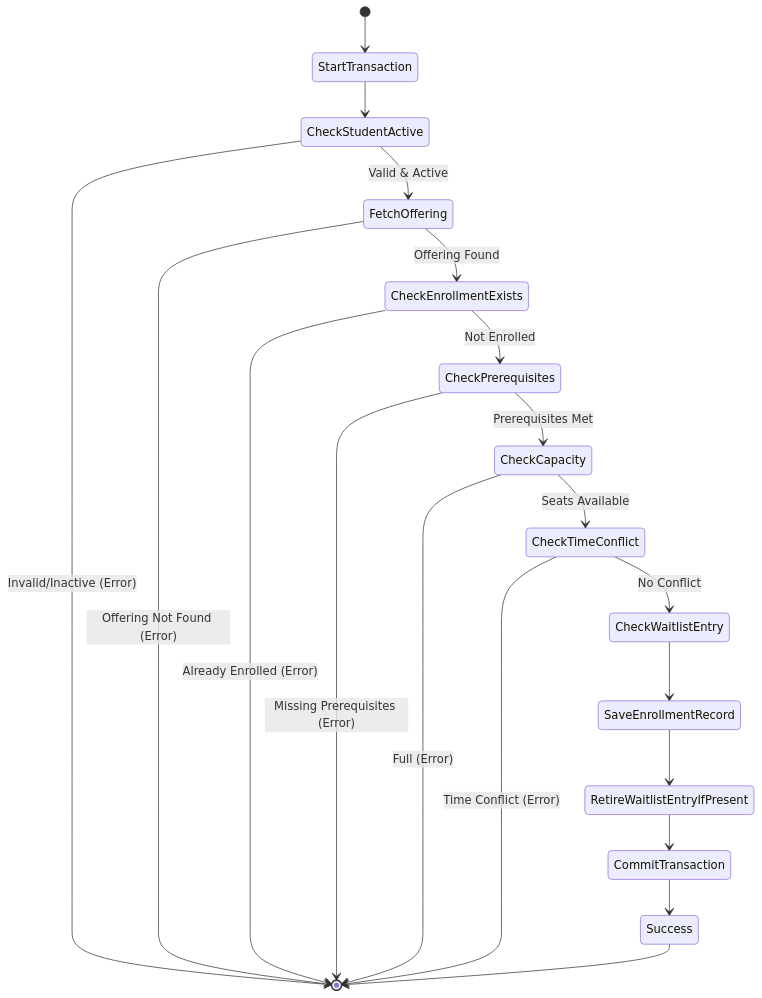
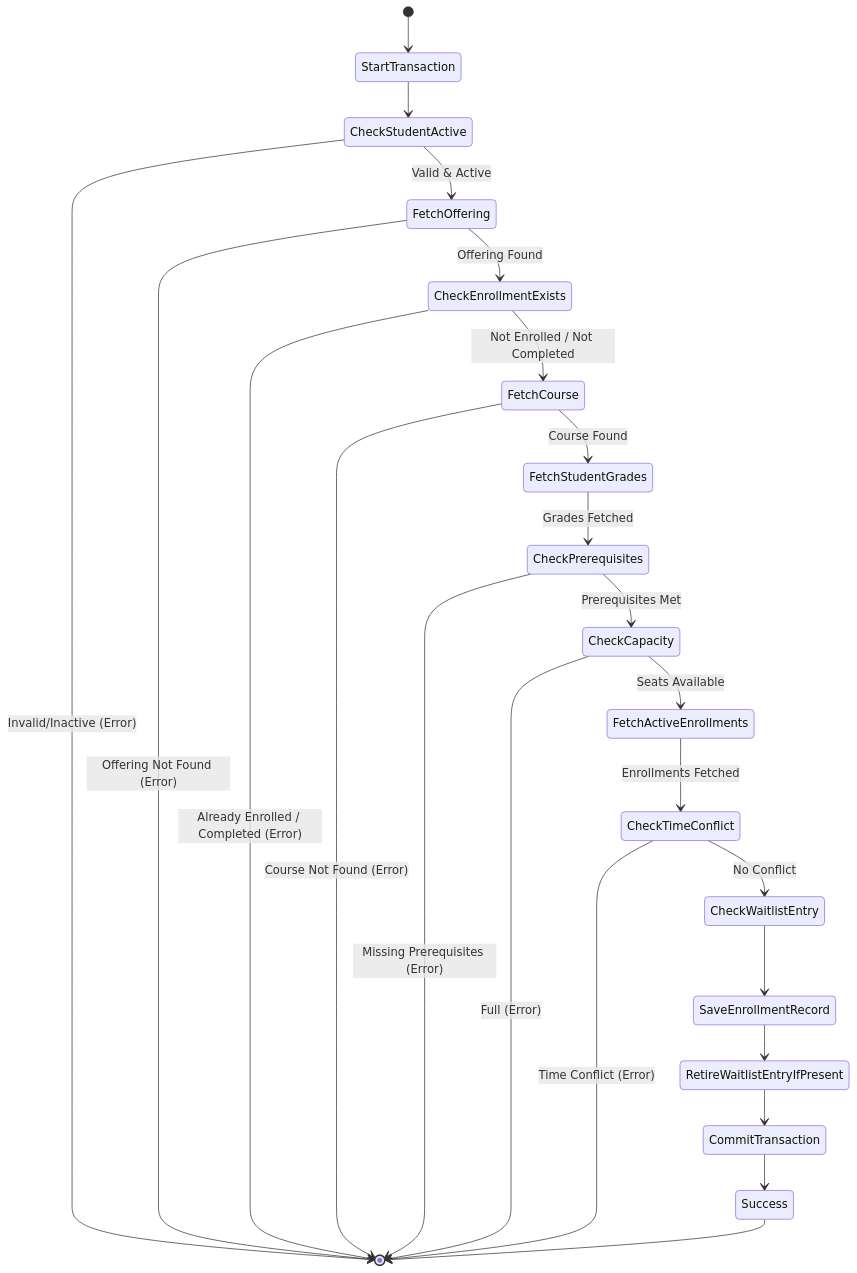
The diagram in docs/uml_activity_diagram.md (DesanSilva/university-course-enrolment-system), drawn with Mermaid before and after one commit. The commit also changed 3 other files, not shown here.

Commit message:
updated UML diagrams

````diff
--- a/docs/uml_activity_diagram.md
+++ b/docs/uml_activity_diagram.md
@@ -3,30 +3,37 @@
 ```mermaid
 stateDiagram-v2
     [*] --> StartTransaction
     StartTransaction --> CheckStudentActive
     
     CheckStudentActive --> FetchOffering : Valid & Active
     CheckStudentActive --> [*] : Invalid/Inactive (Error)
     
     FetchOffering --> CheckEnrollmentExists : Offering Found
     FetchOffering --> [*] : Offering Not Found (Error)
     
-    CheckEnrollmentExists --> CheckPrerequisites : Not Enrolled
-    CheckEnrollmentExists --> [*] : Already Enrolled (Error)
+    CheckEnrollmentExists --> FetchCourse : Not Enrolled / Not Completed
+    CheckEnrollmentExists --> [*] : Already Enrolled / Completed (Error)
+    
+    FetchCourse --> FetchStudentGrades : Course Found
+    FetchCourse --> [*] : Course Not Found (Error)
+    
+    FetchStudentGrades --> CheckPrerequisites : Grades Fetched
     
     CheckPrerequisites --> CheckCapacity : Prerequisites Met
     CheckPrerequisites --> [*] : Missing Prerequisites (Error)
     
-    CheckCapacity --> CheckTimeConflict : Seats Available
+    CheckCapacity --> FetchActiveEnrollments : Seats Available
     CheckCapacity --> [*] : Full (Error)
+    
+    FetchActiveEnrollments --> CheckTimeConflict : Enrollments Fetched
     
     CheckTimeConflict --> CheckWaitlistEntry : No Conflict
     CheckTimeConflict --> [*] : Time Conflict (Error)
     
     CheckWaitlistEntry --> SaveEnrollmentRecord
     SaveEnrollmentRecord --> RetireWaitlistEntryIfPresent
     RetireWaitlistEntryIfPresent --> CommitTransaction
     
     CommitTransaction --> Success
     Success --> [*]
 ```
````
